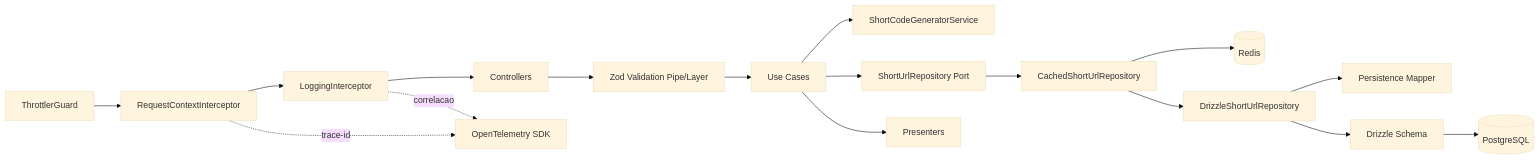
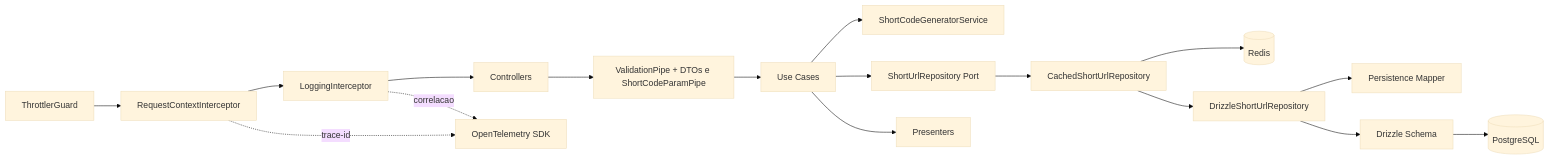
One commit to joisiney/short-url-api changed the third of 5 diagrams in README.md. Above: the diagram before and after it, drawn with Mermaid (base theme). The commit also changed other lines of this file and 1 other file, not shown here.

First line of the commit message:
docs: update validation architecture from zod to DTO pipes

````diff
--- a/README.md
+++ b/README.md
@@ -107,36 +107,36 @@
 ```mermaid
 flowchart LR
     RequestContext[RequestContextInterceptor]
     Logging[LoggingInterceptor]
     Controller[Controllers]
     Throttler[ThrottlerGuard]
-    ZodValidation[Zod Validation Pipe/Layer]
+    DtoValidation[ValidationPipe + DTOs e ShortCodeParamPipe]
     UseCases[Use Cases]
     Generator[ShortCodeGeneratorService]
     RepoPort[ShortUrlRepository Port]
     CachedRepo[CachedShortUrlRepository]
     DrizzleRepo[DrizzleShortUrlRepository]
     Redis[(Redis)]
     Mapper[Persistence Mapper]
     DrizzleSchema[Drizzle Schema]
     Postgres[(PostgreSQL)]
     Presenter[Presenters]
     OTel[OpenTelemetry SDK]
 
     Throttler --> RequestContext
     RequestContext --> Logging
     Logging --> Controller
-    Controller --> ZodValidation
-    ZodValidation --> UseCases
+    Controller --> DtoValidation
+    DtoValidation --> UseCases
     UseCases --> Generator
     UseCases --> RepoPort
     RepoPort --> CachedRepo
     CachedRepo --> Redis
     CachedRepo --> DrizzleRepo
     DrizzleRepo --> Mapper
     DrizzleRepo --> DrizzleSchema
     DrizzleSchema --> Postgres
     UseCases --> Presenter
     RequestContext -.->|trace-id| OTel
     Logging -.->|correlacao| OTel
 ```
````
